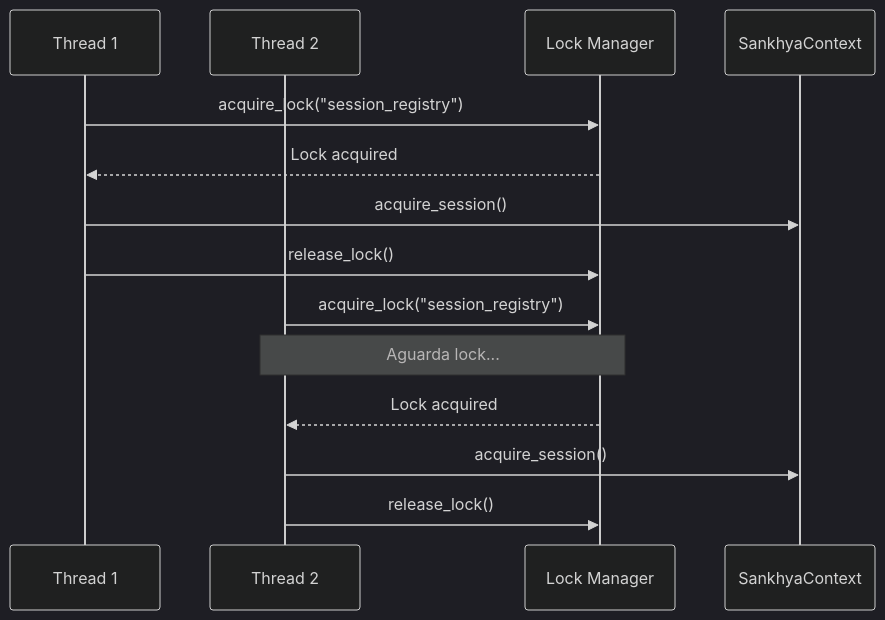
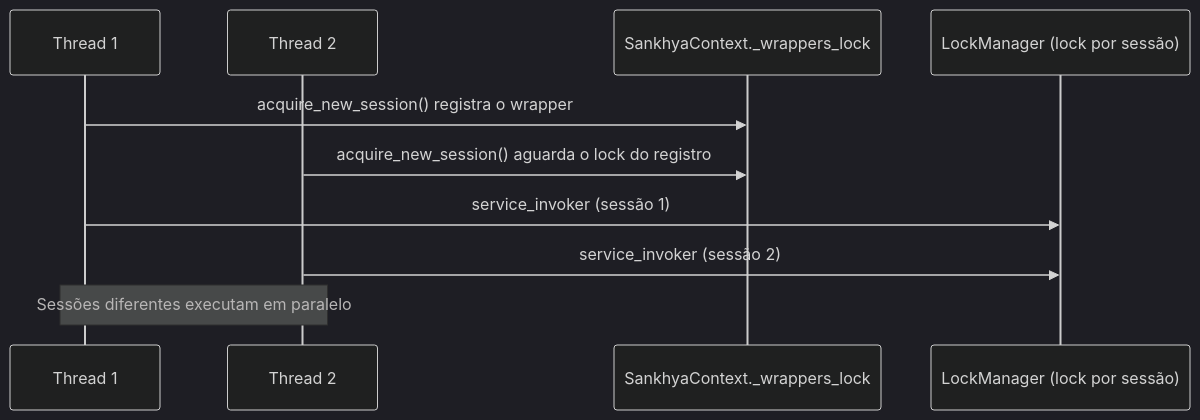
One commit to ssmvictor/Sankhya-SDK-python changed the fourth of 5 diagrams in docs/core-concepts/session-management.md. Above: the diagram before and after it, drawn with Mermaid (dark theme). The commit also changed other lines of this file and 1 other file, not shown here.

First line of the commit message:
docs(sessoes): documentar sessoes reais do SankhyaContext

````diff
--- a/docs/core-concepts/session-management.md
+++ b/docs/core-concepts/session-management.md
@@ -216,18 +282,14 @@
 ```mermaid
 sequenceDiagram
     participant T1 as Thread 1
     participant T2 as Thread 2
-    participant Lock as Lock Manager
-    participant Ctx as SankhyaContext
+    participant Reg as SankhyaContext._wrappers_lock
+    participant Lock as LockManager (lock por sessão)
     
-    T1->>Lock: acquire_lock("session_registry")
-    Lock-->>T1: Lock acquired
-    T1->>Ctx: acquire_session()
-    T1->>Lock: release_lock()
+    T1->>Reg: acquire_new_session() registra o wrapper
+    T2->>Reg: acquire_new_session() aguarda o lock do registro
     
-    T2->>Lock: acquire_lock("session_registry")
-    Note over T2,Lock: Aguarda lock...
-    Lock-->>T2: Lock acquired
-    T2->>Ctx: acquire_session()
-    T2->>Lock: release_lock()
+    T1->>Lock: service_invoker (sessão 1)
+    T2->>Lock: service_invoker (sessão 2)
+    Note over T1,T2: Sessões diferentes executam em paralelo
 ```
````
